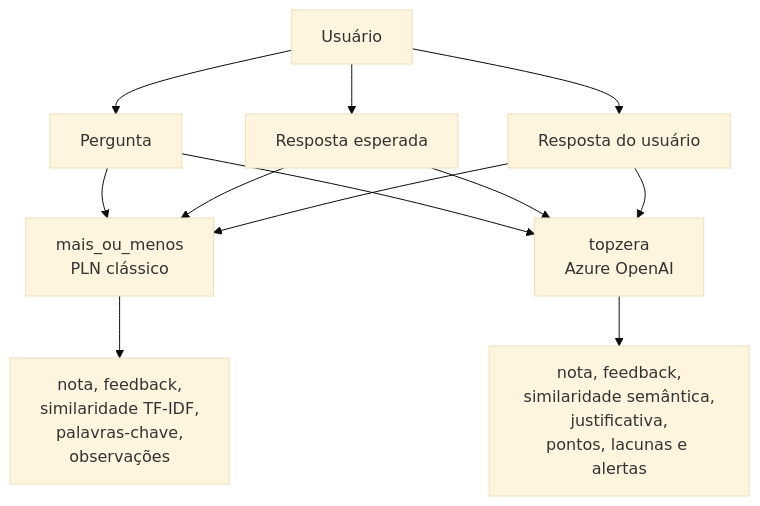
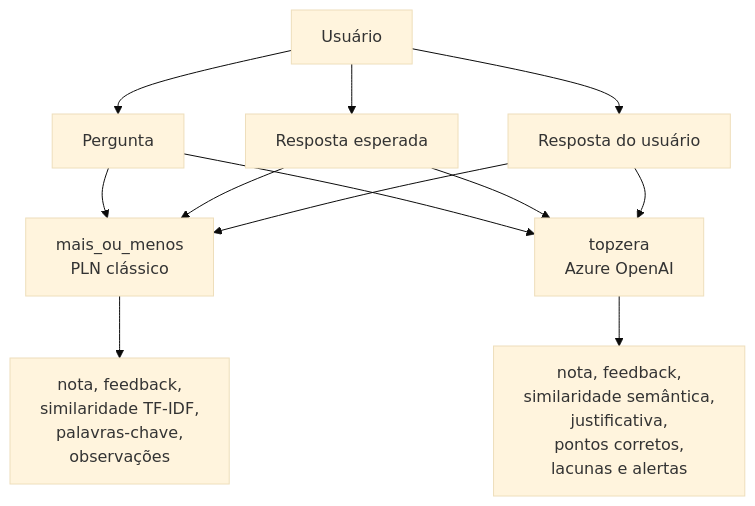
The first of 3 diagrams in documentation.md (cidade-felipe/did-it-understand), drawn with Mermaid (base theme) before and after one commit. The commit also changed other lines of this file, not shown here.

````diff
--- a/documentation.md
+++ b/documentation.md
@@ -72,22 +58,22 @@
 ```mermaid
 flowchart TD
     usuario["Usuário"]
     pergunta["Pergunta"]
     esperada["Resposta esperada"]
     resposta["Resposta do usuário"]
 
     usuario --> pergunta
     usuario --> esperada
     usuario --> resposta
 
     pergunta --> classica["mais_ou_menos<br/>PLN clássico"]
     esperada --> classica
     resposta --> classica
 
     pergunta --> ia["topzera<br/>Azure OpenAI"]
     esperada --> ia
     resposta --> ia
 
     classica --> saida1["nota, feedback,<br/>similaridade TF-IDF,<br/>palavras-chave,<br/>observações"]
-    ia --> saida2["nota, feedback,<br/>similaridade semântica,<br/>justificativa,<br/>pontos, lacunas e alertas"]
+    ia --> saida2["nota, feedback,<br/>similaridade semântica,<br/>justificativa,<br/>pontos corretos,<br/>lacunas e alertas"]
 ```
````
